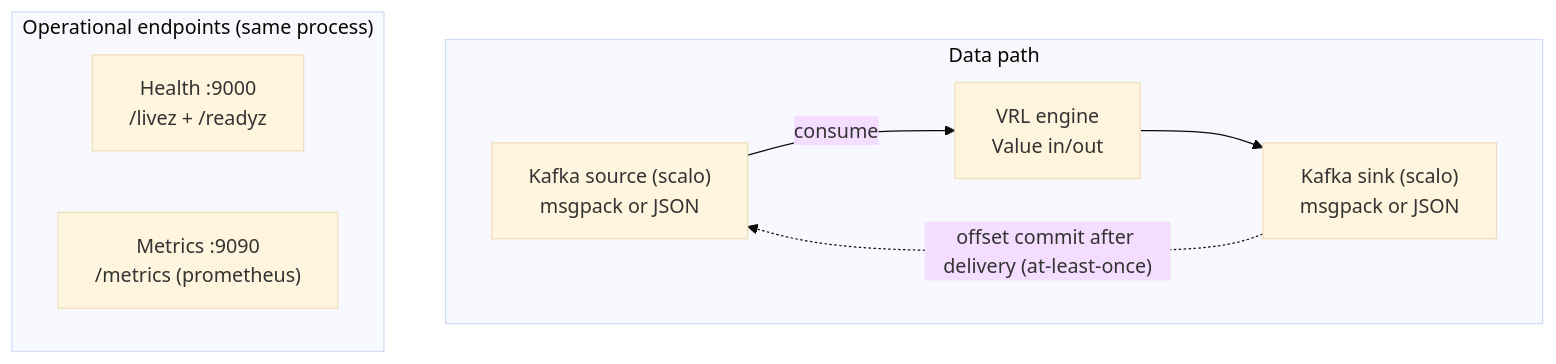
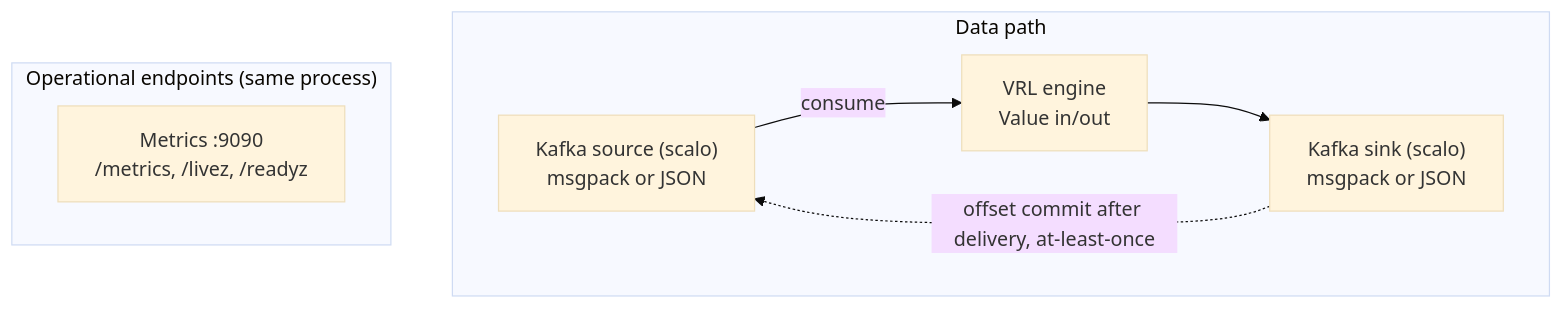
One commit to hyperi-io/dfe-transform-vrl changed the diagram in docs/DESIGN.md. Above: the diagram before and after it, drawn with Mermaid (base theme). The commit also changed other lines of this file and 2 other files, not shown here.

First line of the commit message:
fix: the pgo workload probes readiness on the metrics server

````diff
--- a/docs/DESIGN.md
+++ b/docs/DESIGN.md
@@ -28,14 +28,13 @@
 ```mermaid
 flowchart TB
     subgraph DP["Data path"]
         direction LR
         KS["Kafka source (scalo)<br/>msgpack or JSON"] -->|consume| VRL["VRL engine<br/>Value in/out"]
         VRL --> KP["Kafka sink (scalo)<br/>msgpack or JSON"]
-        KP -. "offset commit after delivery (at-least-once)" .-> KS
+        KP -.->|offset commit after delivery, at-least-once| KS
     end
     subgraph OPS["Operational endpoints (same process)"]
         direction LR
-        HS["Health :9000<br/>/livez + /readyz"]
-        MS["Metrics :9090<br/>/metrics (prometheus)"]
+        MS["Metrics :9090<br/>/metrics, /livez, /readyz"]
     end
 ```
````
